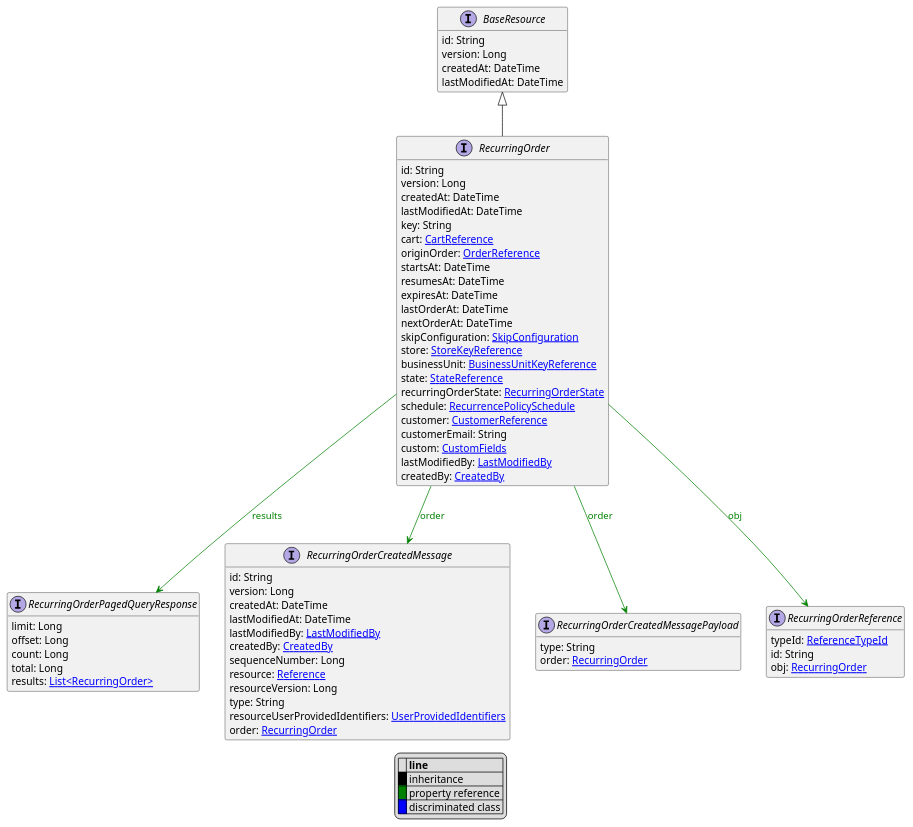
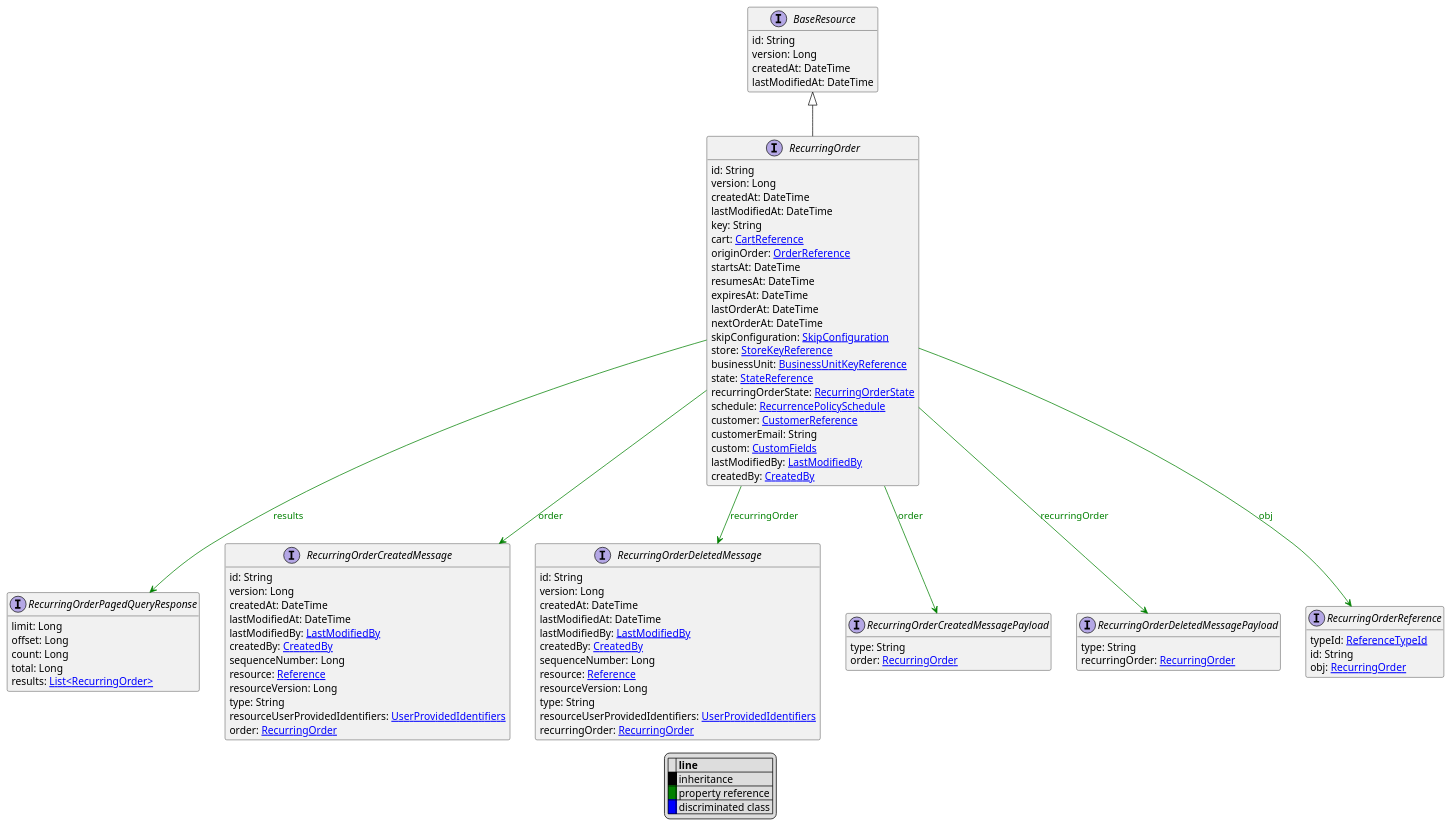
The diagram in uml/api/RecurringOrder.puml (commercetools/commercetools-api-reference), drawn with PlantUML before and after one commit. The commit also changed 1467 other files, not shown here.

```diff
--- a/uml/api/RecurringOrder.puml
+++ b/uml/api/RecurringOrder.puml
@@ -1,79 +1,99 @@
 @startuml
 
 hide empty fields
 hide empty methods
 legend
 |= |= line |
 |<back:black>   </back>| inheritance |
 |<back:green>   </back>| property reference |
 |<back:blue>   </back>| discriminated class |
 endlegend
 interface RecurringOrder [[RecurringOrder.svg]] extends BaseResource {
     id: String
     version: Long
     createdAt: DateTime
     lastModifiedAt: DateTime
     key: String
     cart: [[CartReference.svg CartReference]]
     originOrder: [[OrderReference.svg OrderReference]]
     startsAt: DateTime
     resumesAt: DateTime
     expiresAt: DateTime
     lastOrderAt: DateTime
     nextOrderAt: DateTime
     skipConfiguration: [[SkipConfiguration.svg SkipConfiguration]]
     store: [[StoreKeyReference.svg StoreKeyReference]]
     businessUnit: [[BusinessUnitKeyReference.svg BusinessUnitKeyReference]]
     state: [[StateReference.svg StateReference]]
     recurringOrderState: [[RecurringOrderState.svg RecurringOrderState]]
     schedule: [[RecurrencePolicySchedule.svg RecurrencePolicySchedule]]
     customer: [[CustomerReference.svg CustomerReference]]
     customerEmail: String
     custom: [[CustomFields.svg CustomFields]]
     lastModifiedBy: [[LastModifiedBy.svg LastModifiedBy]]
     createdBy: [[CreatedBy.svg CreatedBy]]
 }
 interface BaseResource [[BaseResource.svg]]  {
     id: String
     version: Long
     createdAt: DateTime
     lastModifiedAt: DateTime
 }
 
 
 interface RecurringOrderPagedQueryResponse [[RecurringOrderPagedQueryResponse.svg]]  {
     limit: Long
     offset: Long
     count: Long
     total: Long
     results: [[RecurringOrder.svg List<RecurringOrder>]]
 }
 interface RecurringOrderCreatedMessage [[RecurringOrderCreatedMessage.svg]]  {
     id: String
     version: Long
     createdAt: DateTime
     lastModifiedAt: DateTime
     lastModifiedBy: [[LastModifiedBy.svg LastModifiedBy]]
     createdBy: [[CreatedBy.svg CreatedBy]]
     sequenceNumber: Long
     resource: [[Reference.svg Reference]]
     resourceVersion: Long
     type: String
     resourceUserProvidedIdentifiers: [[UserProvidedIdentifiers.svg UserProvidedIdentifiers]]
     order: [[RecurringOrder.svg RecurringOrder]]
 }
+interface RecurringOrderDeletedMessage [[RecurringOrderDeletedMessage.svg]]  {
+    id: String
+    version: Long
+    createdAt: DateTime
+    lastModifiedAt: DateTime
+    lastModifiedBy: [[LastModifiedBy.svg LastModifiedBy]]
+    createdBy: [[CreatedBy.svg CreatedBy]]
+    sequenceNumber: Long
+    resource: [[Reference.svg Reference]]
+    resourceVersion: Long
+    type: String
+    resourceUserProvidedIdentifiers: [[UserProvidedIdentifiers.svg UserProvidedIdentifiers]]
+    recurringOrder: [[RecurringOrder.svg RecurringOrder]]
+}
 interface RecurringOrderCreatedMessagePayload [[RecurringOrderCreatedMessagePayload.svg]]  {
     type: String
     order: [[RecurringOrder.svg RecurringOrder]]
+}
+interface RecurringOrderDeletedMessagePayload [[RecurringOrderDeletedMessagePayload.svg]]  {
+    type: String
+    recurringOrder: [[RecurringOrder.svg RecurringOrder]]
 }
 interface RecurringOrderReference [[RecurringOrderReference.svg]]  {
     typeId: [[ReferenceTypeId.svg ReferenceTypeId]]
     id: String
     obj: [[RecurringOrder.svg RecurringOrder]]
 }
 
 RecurringOrder --> RecurringOrderPagedQueryResponse #green;text:green : "results"
 RecurringOrder --> RecurringOrderCreatedMessage #green;text:green : "order"
+RecurringOrder --> RecurringOrderDeletedMessage #green;text:green : "recurringOrder"
 RecurringOrder --> RecurringOrderCreatedMessagePayload #green;text:green : "order"
+RecurringOrder --> RecurringOrderDeletedMessagePayload #green;text:green : "recurringOrder"
 RecurringOrder --> RecurringOrderReference #green;text:green : "obj"
 @enduml
```
